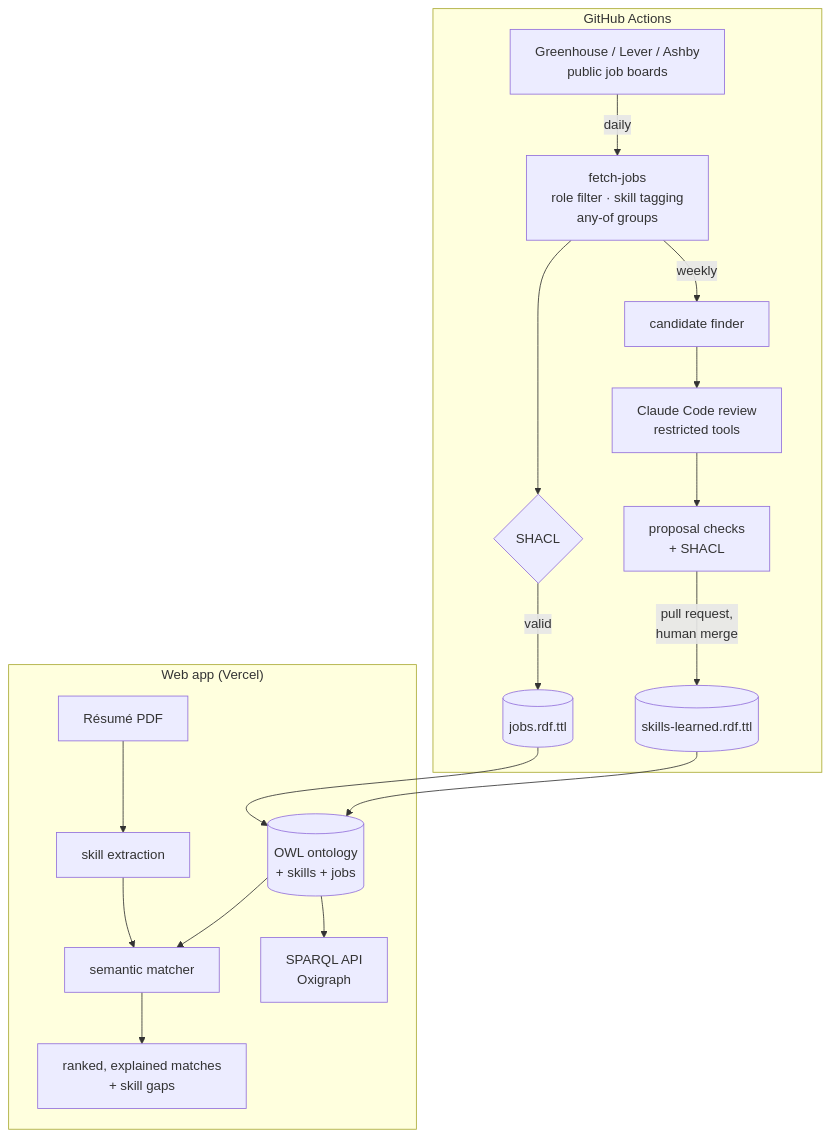
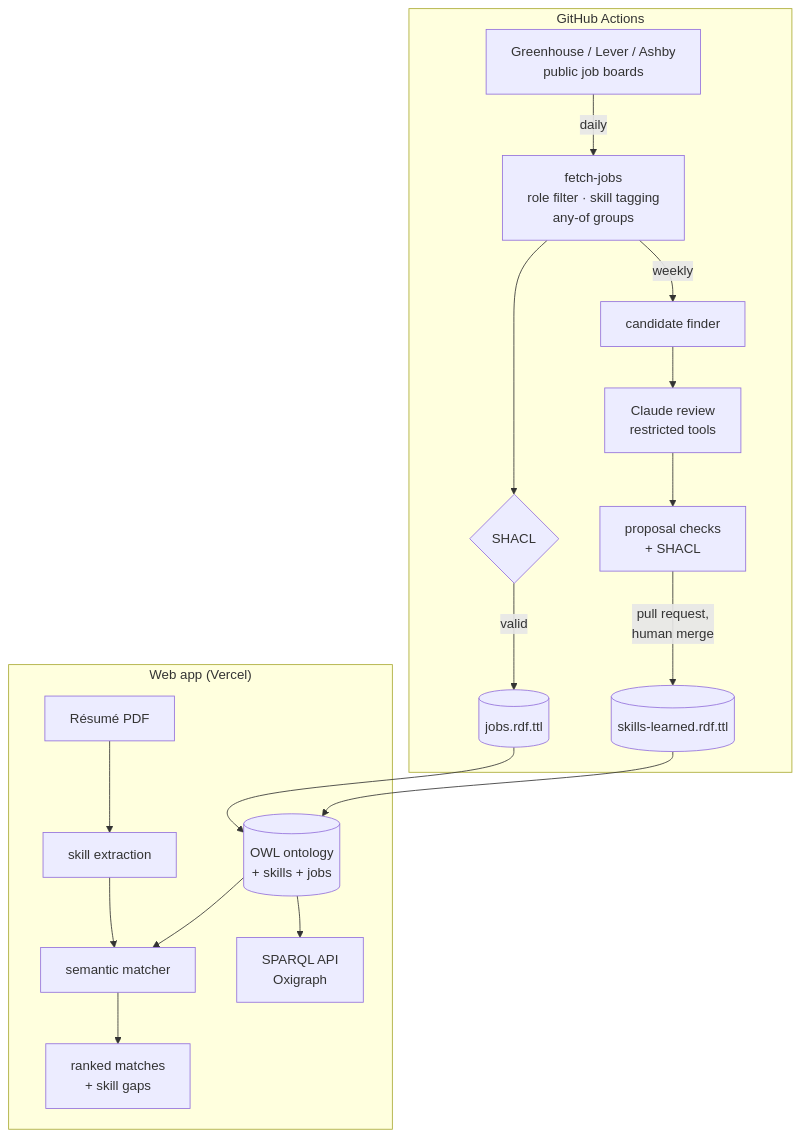
One commit to asselsaken/SkillSync changed the diagram in README.md. Above: the diagram before and after it, drawn with Mermaid. The commit also changed other lines of this file and 8 other files, not shown here.

````diff
--- a/README.md
+++ b/README.md
@@ -42,21 +70,21 @@
 ```mermaid
 flowchart TB
   subgraph pipeline ["GitHub Actions"]
     B[Greenhouse / Lever / Ashby<br/>public job boards] -->|daily| F[fetch-jobs<br/>role filter · skill tagging<br/>any-of groups]
     F --> V{SHACL}
     V -->|valid| J[(jobs.rdf.ttl)]
     F -->|weekly| C[candidate finder]
-    C --> R[Claude Code review<br/>restricted tools]
+    C --> R[Claude review<br/>restricted tools]
     R --> P[proposal checks<br/>+ SHACL]
     P -->|pull request,<br/>human merge| L[(skills-learned.rdf.ttl)]
   end
   subgraph app ["Web app (Vercel)"]
     U[Résumé PDF] --> X[skill extraction]
     X --> M[semantic matcher]
     G[(OWL ontology<br/>+ skills + jobs)] --> M
-    M --> E[ranked, explained matches<br/>+ skill gaps]
+    M --> E[ranked matches<br/>+ skill gaps]
     G --> S[SPARQL API<br/>Oxigraph]
   end
   J --> G
   L --> G
 ```
````
